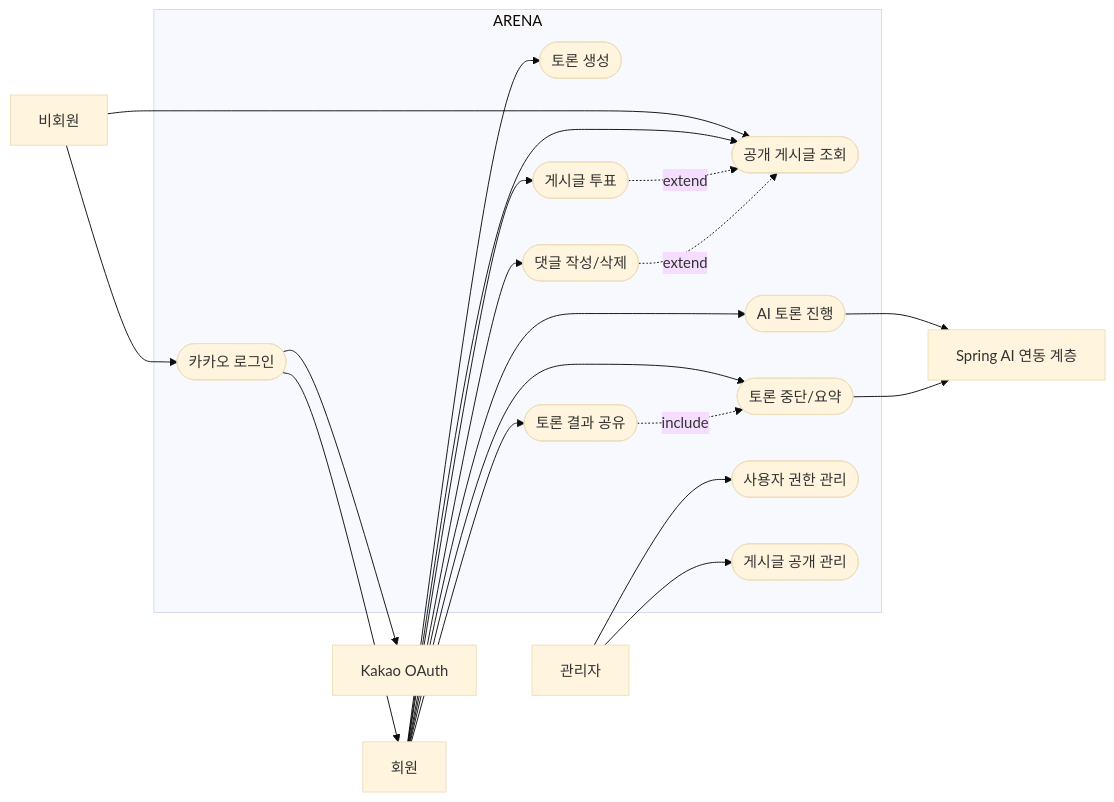
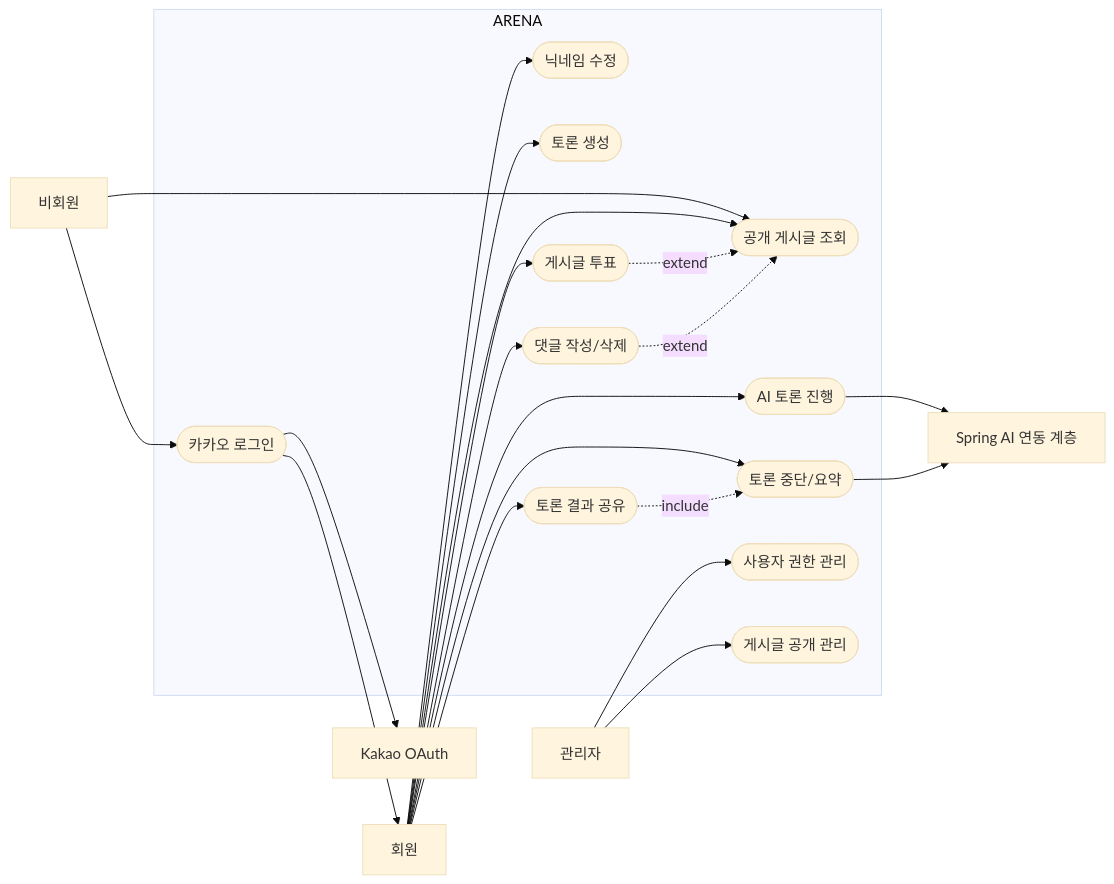
The diagram in docs/deliverables/use-cases/arena-use-cases.md (SSAFY1516Final/ARENA), drawn with Mermaid (base theme) before and after one commit. The commit also changed other lines of this file and 46 other files, not shown here.

Commit message:
feat : MVP 토론 플로우 및 인수인계 문서 정리

````diff
--- a/docs/deliverables/use-cases/arena-use-cases.md
+++ b/docs/deliverables/use-cases/arena-use-cases.md
@@ -26,43 +26,45 @@
 ```mermaid
 flowchart LR
   Guest["비회원"]
   User["회원"]
   Admin["관리자"]
   Kakao["Kakao OAuth"]
   AI["Spring AI 연동 계층"]
 
   subgraph System["ARENA"]
     UC_KakaoLogin(["카카오 로그인"])
+    UC_UpdateProfile(["닉네임 수정"])
     UC_ViewPosts(["공개 게시글 조회"])
     UC_CreateDebate(["토론 생성"])
     UC_RunDebate(["AI 토론 진행"])
     UC_StopDebate(["토론 중단/요약"])
     UC_Share(["토론 결과 공유"])
     UC_Vote(["게시글 투표"])
     UC_Comment(["댓글 작성/삭제"])
     UC_AdminUsers(["사용자 권한 관리"])
     UC_AdminPosts(["게시글 공개 관리"])
   end
 
   Guest --> UC_ViewPosts
   Guest --> UC_KakaoLogin
   UC_KakaoLogin --> Kakao
   UC_KakaoLogin --> User
 
+  User --> UC_UpdateProfile
   User --> UC_CreateDebate
   User --> UC_RunDebate
   User --> UC_StopDebate
   User --> UC_Share
   User --> UC_Vote
   User --> UC_Comment
   User --> UC_ViewPosts
 
   UC_RunDebate --> AI
   UC_StopDebate --> AI
   UC_Share -. "include" .-> UC_StopDebate
   UC_Vote -. "extend" .-> UC_ViewPosts
   UC_Comment -. "extend" .-> UC_ViewPosts
 
   Admin --> UC_AdminUsers
   Admin --> UC_AdminPosts
 ```
````
